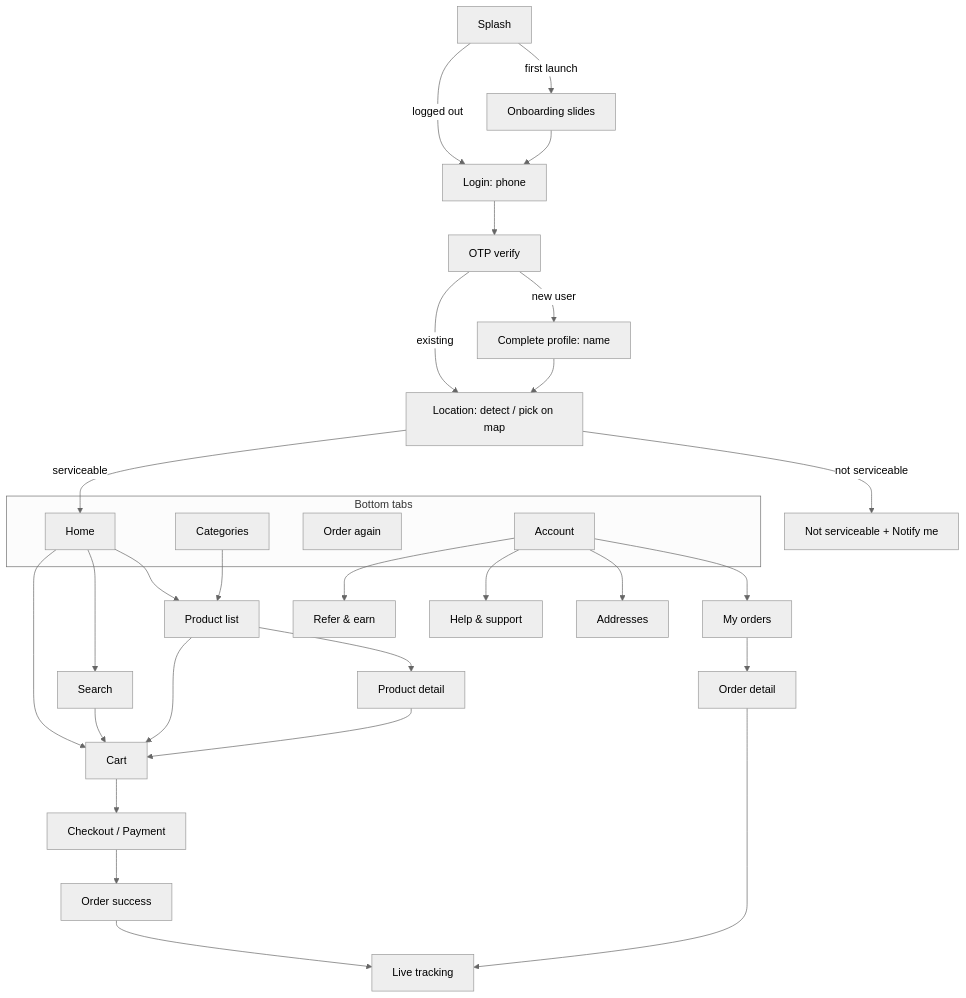
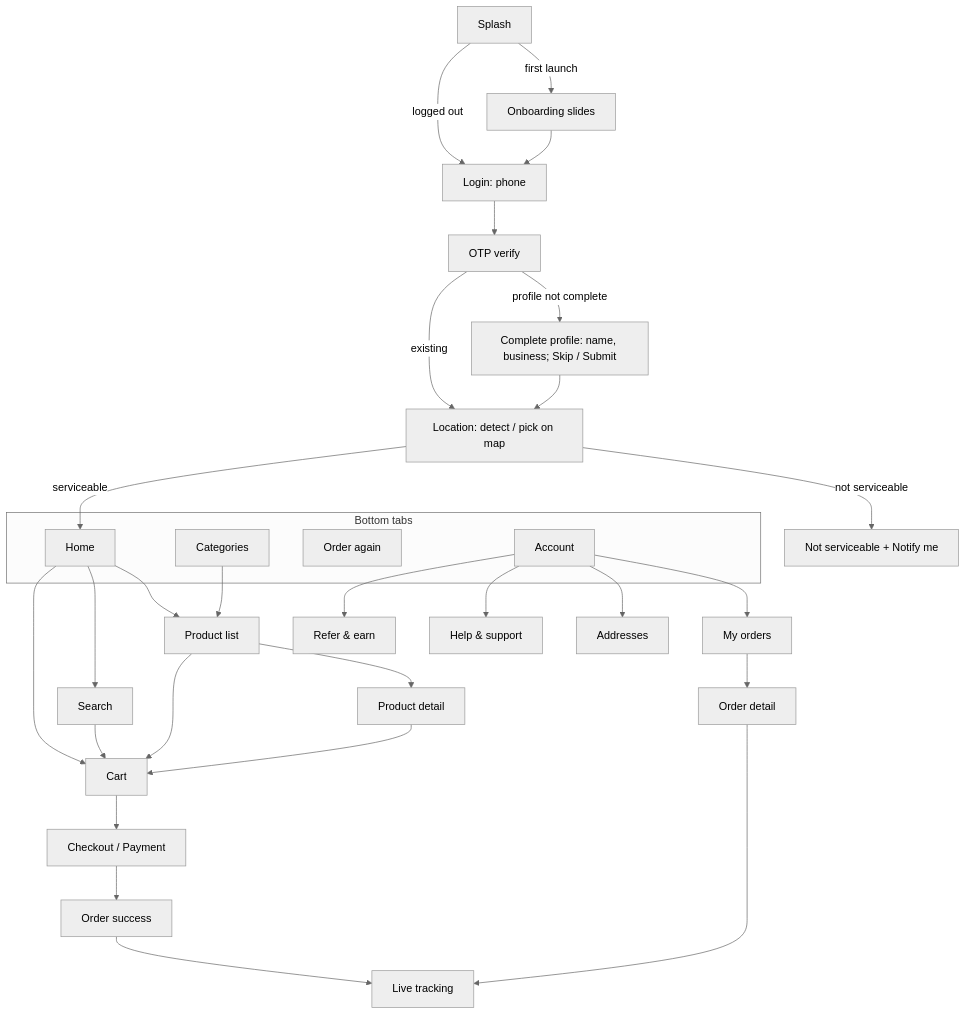
Before and after one commit to Nareshkumar124/jivo_quick_commerce: the diagram in docs/03-customer-app.md, drawn with Mermaid (neutral theme). The commit also changed other lines of this file and 35 other files, not shown here.

Commit message:
feat(customer): business profile screen after sign-up (name, business category, business name; Skip/Submit); regenerate jivo_api; rider fake Me fields

````diff
--- a/docs/03-customer-app.md
+++ b/docs/03-customer-app.md
@@ -8,30 +8,30 @@
 ```mermaid
 flowchart TD
     S[Splash] -->|first launch| OB[Onboarding slides]
     S -->|logged out| L[Login: phone]
     OB --> L
     L --> O[OTP verify]
-    O -->|new user| PC[Complete profile: name]
+    O -->|profile not complete| PC[Complete profile: name, business; Skip / Submit]
     O -->|existing| LOC
     PC --> LOC[Location: detect / pick on map]
     LOC -->|not serviceable| NS[Not serviceable + Notify me]
     LOC -->|serviceable| H
 
     subgraph Tabs[Bottom tabs]
         H[Home]
         C[Categories]
         R[Order again]
         P[Account]
     end
 
     H --> PL[Product list] --> PD[Product detail]
     H --> SR[Search]
     C --> PL
     H & PL & PD & SR --> CT[Cart]
     CT --> CO[Checkout / Payment]
     CO --> OS[Order success] --> TR[Live tracking]
     P --> OH[My orders] --> OD[Order detail] --> TR
     P --> AD[Addresses]
     P --> HS[Help & support]
     P --> RF[Refer & earn]
 ```
````
